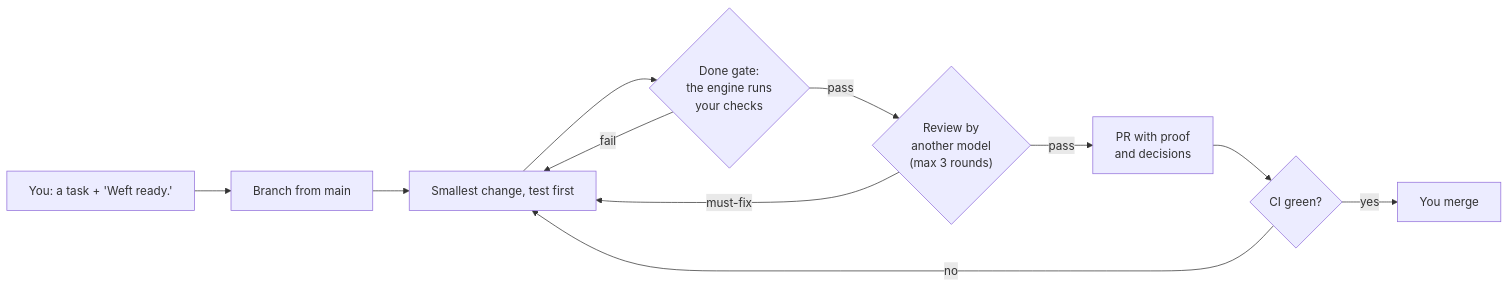
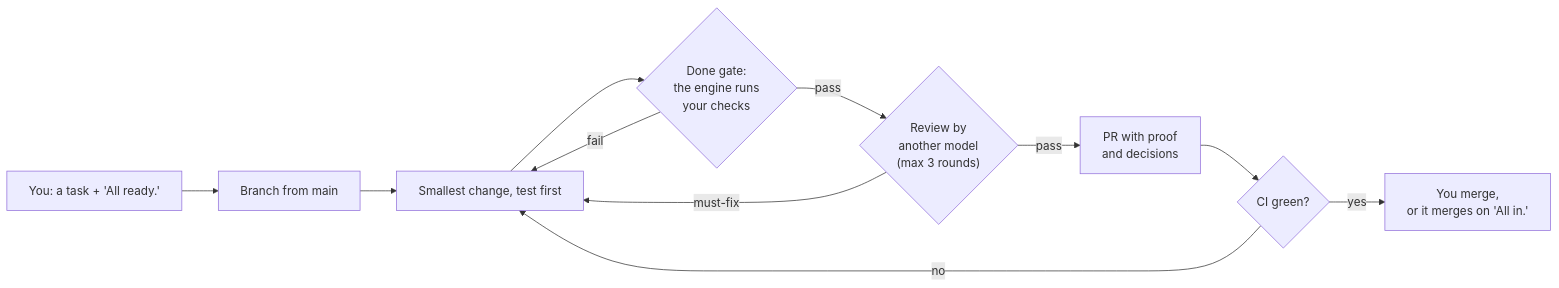
One commit to djtorel/weftwork changed the diagram in README.md. Above: the diagram before and after it, drawn with Mermaid. The commit also changed other lines of this file and 33 other files, not shown here.

First line of the commit message:
feat(skills)!: name the chat skills by what you say at the end of a prompt (all ready, all in, second opinion, PR it), and add all-in to merge with no interaction (#130)

````diff
--- a/README.md
+++ b/README.md
@@ -139,13 +141,13 @@
 ```mermaid
 flowchart LR
-  task["You: a task + 'Weft ready.'"] --> branch[Branch from main]
+  task["You: a task + 'All ready.'"] --> branch[Branch from main]
   branch --> change[Smallest change, test first]
   change --> gate{"Done gate:<br/>the engine runs<br/>your checks"}
   gate -- fail --> change
   gate -- pass --> review{"Review by<br/>another model<br/>(max 3 rounds)"}
   review -- must-fix --> change
   review -- pass --> pr["PR with proof<br/>and decisions"]
   pr --> ci{CI green?}
   ci -- no --> change
-  ci -- yes --> you[You merge]
+  ci -- yes --> you["You merge,<br/>or it merges on 'All in.'"]
 ```
````
